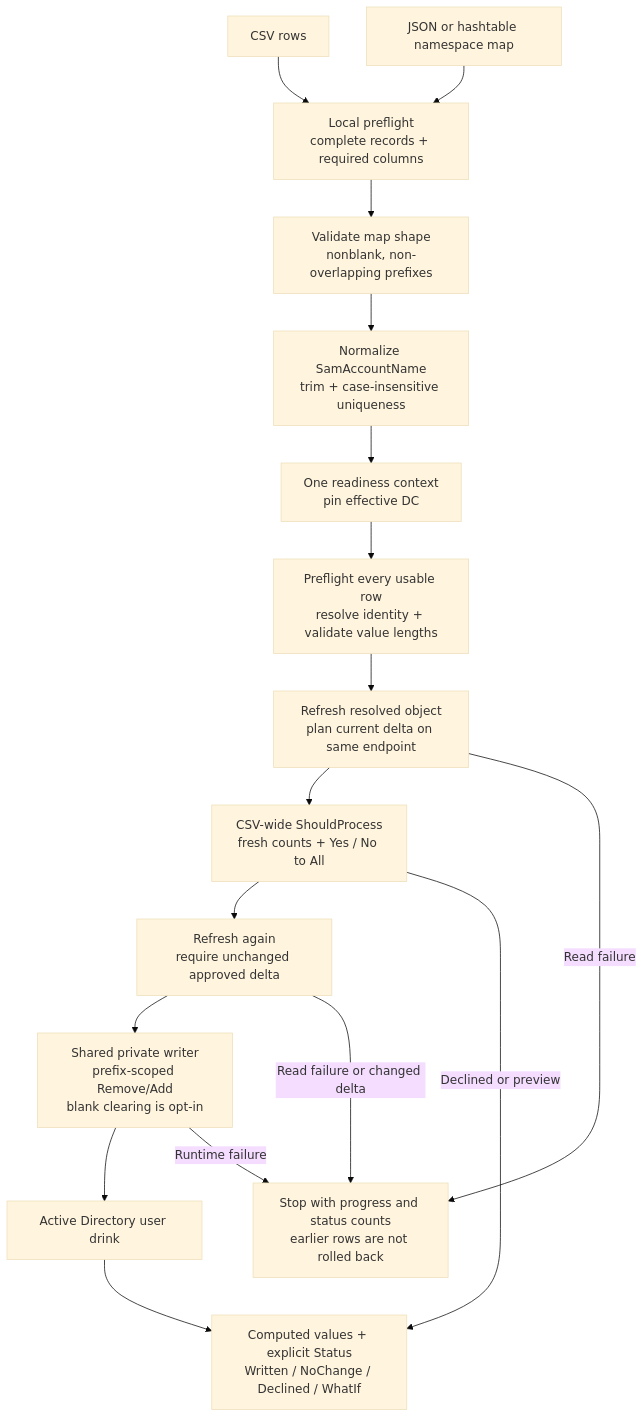
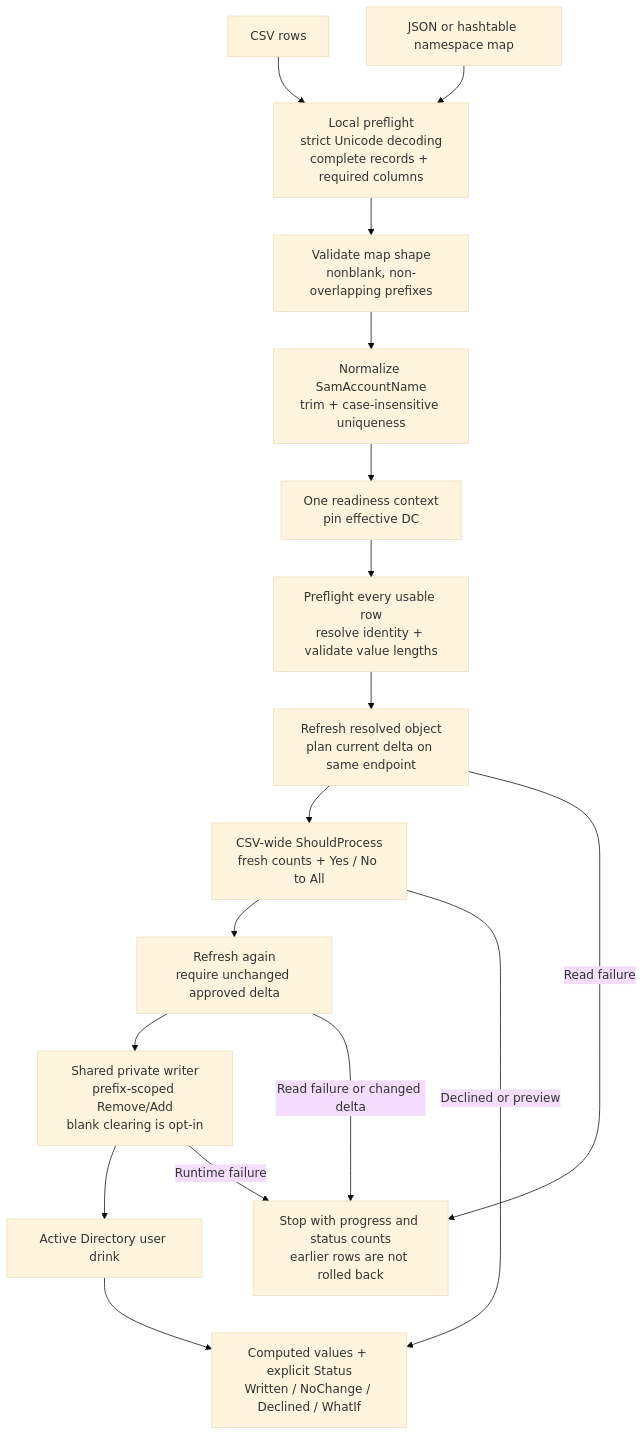
Before and after one commit to jonathanweinberg/DrunkenAD: the diagram in docs/diagrams/csv-ingestion-flow.mmd, drawn with Mermaid (base theme). The commit also changed 21 other files, not shown here.

```diff
--- a/docs/diagrams/csv-ingestion-flow.mmd
+++ b/docs/diagrams/csv-ingestion-flow.mmd
@@ -1,17 +1,17 @@
 flowchart TD
-    CSV["CSV rows"] --> LOCAL["Local preflight<br/>complete records + required columns"]
+    CSV["CSV rows"] --> LOCAL["Local preflight<br/>strict Unicode decoding<br/>complete records + required columns"]
     MAP["JSON or hashtable namespace map"] --> LOCAL
     LOCAL --> OWNERSHIP["Validate map shape<br/>nonblank, non-overlapping prefixes"]
     OWNERSHIP --> IDENTITIES["Normalize SamAccountName<br/>trim + case-insensitive uniqueness"]
     IDENTITIES --> READY["One readiness context<br/>pin effective DC"]
     READY --> ROW["Preflight every usable row<br/>resolve identity + validate value lengths"]
     ROW --> FRESH["Refresh resolved object<br/>plan current delta on same endpoint"]
     FRESH --> APPROVE["CSV-wide ShouldProcess<br/>fresh counts + Yes / No to All"]
     APPROVE --> VERIFY["Refresh again<br/>require unchanged approved delta"]
     VERIFY --> WRITE["Shared private writer<br/>prefix-scoped Remove/Add<br/>blank clearing is opt-in"]
     WRITE --> AD["Active Directory user drink"]
     AD --> REPORT["Computed values + explicit Status<br/>Written / NoChange / Declined / WhatIf"]
     APPROVE -->|Declined or preview| REPORT
     WRITE -->|Runtime failure| FAILURE["Stop with progress and status counts<br/>earlier rows are not rolled back"]
     FRESH -->|Read failure| FAILURE
     VERIFY -->|Read failure or changed delta| FAILURE
```
